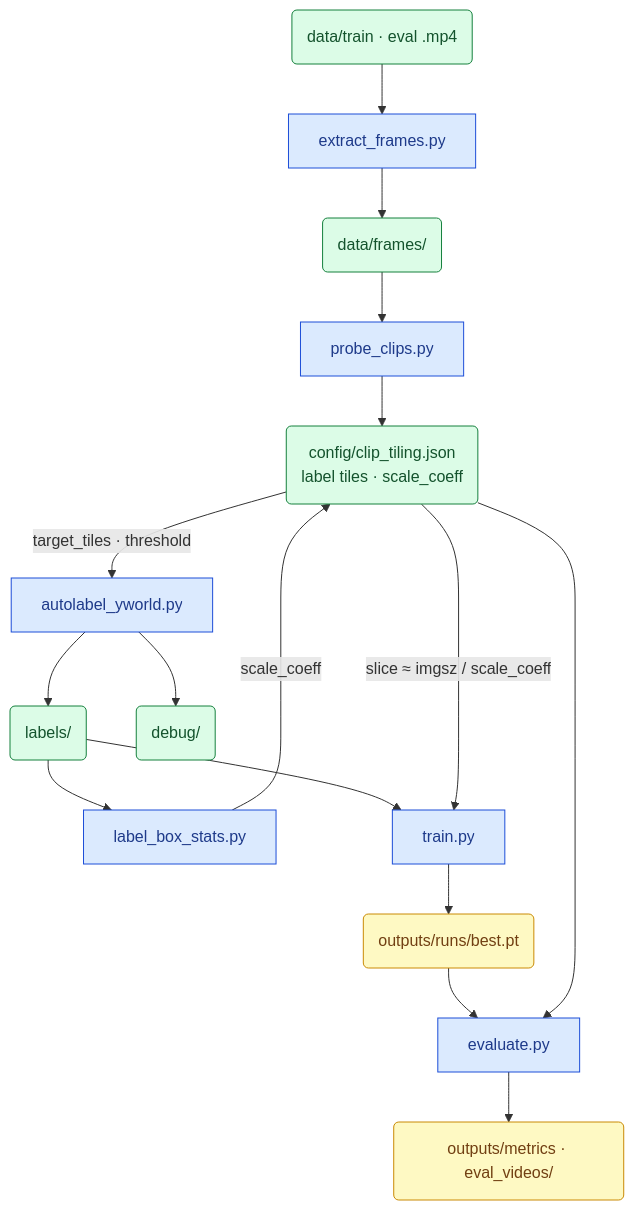
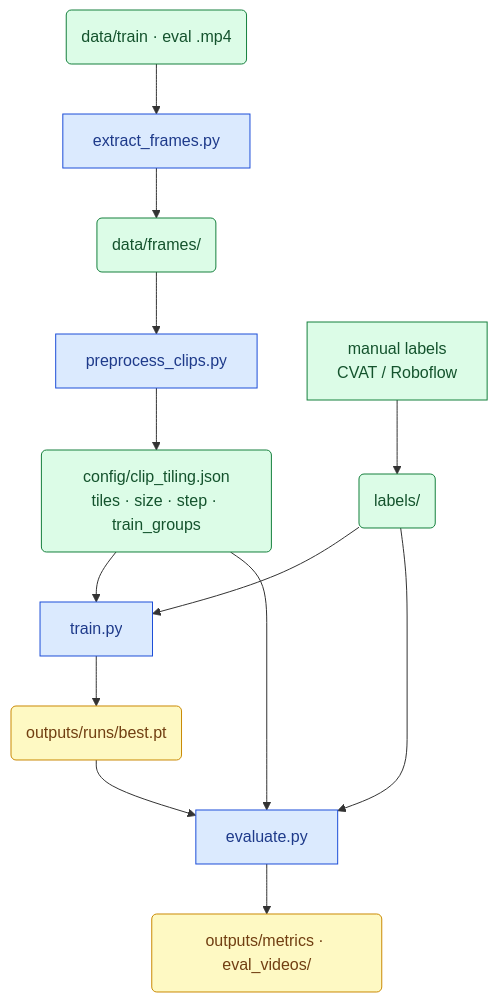
Before and after one commit to alisea-natan/aerial_vehicle_detection: the diagram in README.md, drawn with Mermaid. The commit also changed other lines of this file and 27 other files, not shown here.

````diff
--- a/README.md
+++ b/README.md
@@ -73,39 +95,34 @@
 ```mermaid
 flowchart TB
     classDef script fill:#dbeafe,stroke:#1d4ed8,color:#1e3a8a
     classDef data fill:#dcfce7,stroke:#15803d,color:#14532d
     classDef output fill:#fef9c3,stroke:#ca8a04,color:#713f12
 
     V(data/train · eval .mp4):::data
 
     S1[extract_frames.py]:::script
     F(data/frames/):::data
 
-    S2[probe_clips.py]:::script
-    CFG(config/clip_tiling.json<br/>label tiles · scale_coeff):::data
+    S2[preprocess_clips.py]:::script
+    CFG(config/clip_tiling.json<br/>tiles · size · step · train_groups):::data
 
-    S3[autolabel_yworld.py]:::script
+    MAN[manual labels<br/>CVAT / Roboflow]:::data
     LAB(labels/):::data
-    DBG(debug/):::data
-
-    S3b[label_box_stats.py]:::script
 
     S4[train.py]:::script
     WT(outputs/runs/best.pt):::output
 
     S5[evaluate.py]:::script
     MET(outputs/metrics · eval_videos/):::output
 
     V --> S1 --> F
     F --> S2 --> CFG
-    CFG -->|target_tiles · threshold| S3
-    S3 --> LAB
-    S3 --> DBG
-    LAB --> S3b -->|scale_coeff| CFG
+    MAN --> LAB
     LAB --> S4
-    CFG -->|slice ≈ imgsz / scale_coeff| S4
+    CFG --> S4
     S4 --> WT
     WT --> S5
     CFG --> S5
+    LAB --> S5
     S5 --> MET
 ```
````
